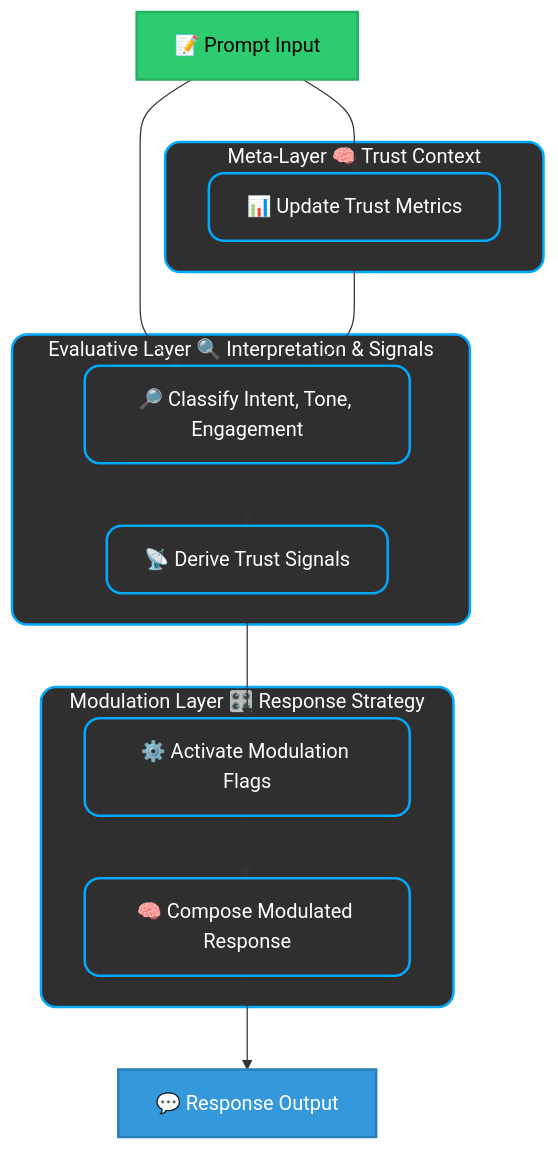
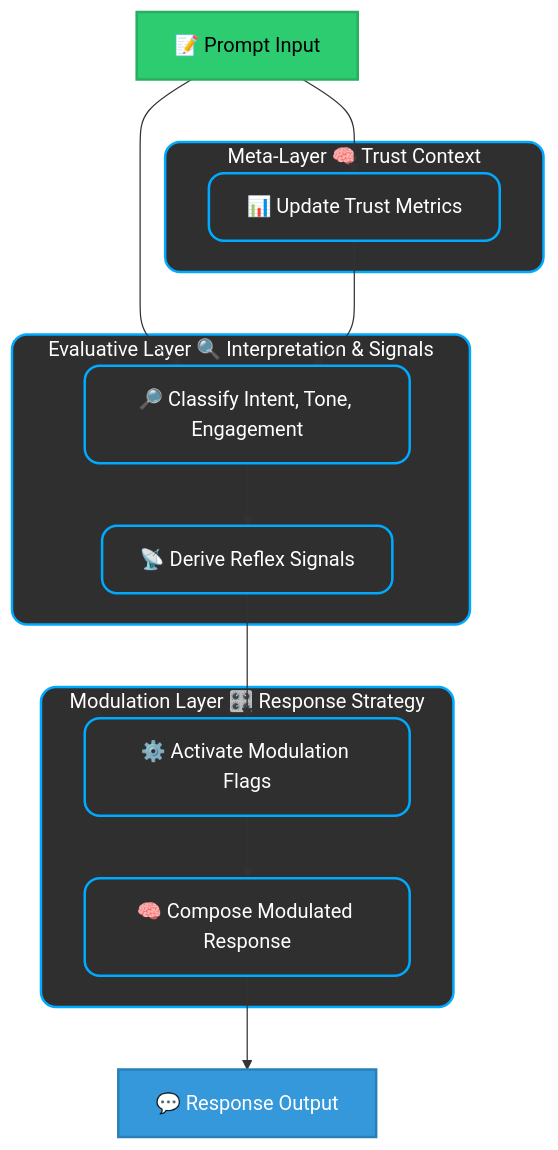
One commit to ktjkc/reflextrust changed the second of 2 diagrams in paper/reflextrust-core.md. Above: the diagram before and after it, drawn with Mermaid. The commit also changed other lines of this file, not shown here.

````diff
--- a/paper/reflextrust-core.md
+++ b/paper/reflextrust-core.md
@@ -582,47 +584,47 @@
 ```mermaid
 flowchart TD
     %% === INPUT ===
     PI[📝 Prompt Input]
     class PI io_input;
 
     %% === META-LAYER ===
     subgraph META["Meta-Layer 🧠 Trust Context"]
         M1[📊 Update Trust Metrics]
     end
 
     %% === EVALUATIVE-LAYER ===
     subgraph EVAL["Evaluative Layer 🔍 Interpretation & Signals"]
         E2[🔎 Classify Intent, Tone, Engagement]
-        E3[📡 Derive Trust Signals]
+        E3[📡 Derive Reflex Signals]
     end
 
     %% === MODULATION-LAYER ===
     subgraph MOD["Modulation Layer 🎛️ Response Strategy"]
         F1[⚙️ Activate Modulation Flags]
         F2[🧠 Compose Modulated Response]
     end
 
     %% === OUTPUT ===
     RO[💬 Response Output]
     class RO io_output;
 
     %% Flow Arrows
     PI --> M1
     PI --> E2
     M1 --> E2
     E2 --> E3
     E3 --> F1
     F1 --> F2
     F2 --> RO
 
     %% Layer Styling
     classDef layer fill:#2f2f2f,stroke:#00aaff,stroke-width:2px,rx:12,ry:12,color:#ffffff;
 
     %% I/O Styling
     classDef io_input fill:#2ecc71,color:#000000,stroke:#27ae60,stroke-width:2px;
     classDef io_output fill:#3498db,color:#ffffff,stroke:#2980b9,stroke-width:2px;
 
     %% Assign Classes
     class META,EVAL,MOD layer;
     class M1,E2,E3,F1,F2 layer;
 ```
````
